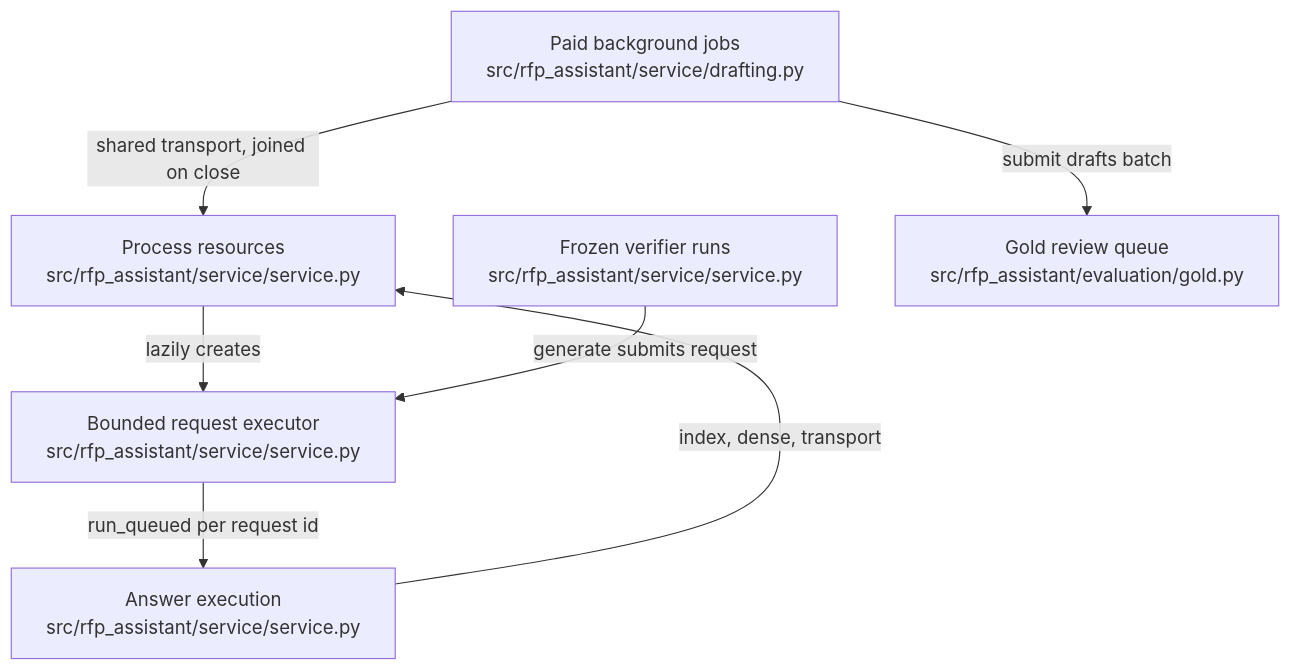
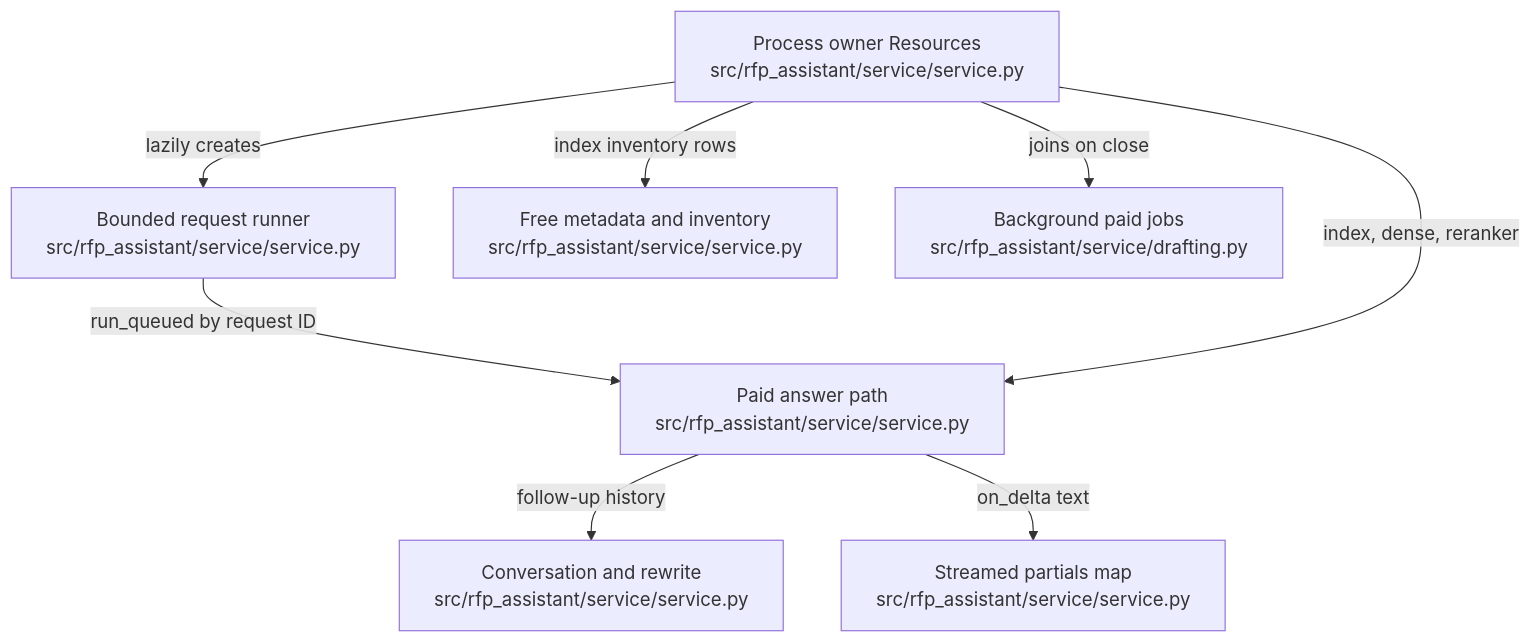
One commit to littleeeeebit/project-codeit-mid changed the diagram in .omm/overall-architecture/service-core/diagram.mmd. Above: the diagram before and after it, drawn with Mermaid. The commit also changed 398 other files, not shown here.

```diff
--- a/.omm/overall-architecture/service-core/diagram.mmd
+++ b/.omm/overall-architecture/service-core/diagram.mmd
@@ -1,13 +1,15 @@
 graph TD
-  resources["Process resources\nsrc/rfp_assistant/service/service.py"]
-  request-runner["Bounded request executor\nsrc/rfp_assistant/service/service.py"]
-  answer-pipeline["Answer execution\nsrc/rfp_assistant/service/service.py"]
-  verifier-runs["Frozen verifier runs\nsrc/rfp_assistant/service/service.py"]
-  background-jobs["Paid background jobs\nsrc/rfp_assistant/service/drafting.py"]
-  gold-review["Gold review queue\nsrc/rfp_assistant/evaluation/gold.py"]
-  resources -->|lazily creates| request-runner
-  request-runner -->|run_queued per request id| answer-pipeline
-  answer-pipeline -->|index, dense, transport| resources
-  verifier-runs -->|generate submits request| request-runner
-  background-jobs -->|shared transport, joined on close| resources
-  background-jobs -->|submit drafts batch| gold-review
+  resources["Process owner Resources\nsrc/rfp_assistant/service/service.py"]
+  runner["Bounded request runner\nsrc/rfp_assistant/service/service.py"]
+  paid-answer["Paid answer path\nsrc/rfp_assistant/service/service.py"]
+  free-answer["Free metadata and inventory\nsrc/rfp_assistant/service/service.py"]
+  conversation["Conversation and rewrite\nsrc/rfp_assistant/service/service.py"]
+  partials["Streamed partials map\nsrc/rfp_assistant/service/service.py"]
+  jobs["Background paid jobs\nsrc/rfp_assistant/service/drafting.py"]
+  resources -->|"lazily creates"| runner
+  runner -->|"run_queued by request ID"| paid-answer
+  paid-answer -->|"follow-up history"| conversation
+  paid-answer -->|"on_delta text"| partials
+  resources -->|"index, dense, reranker"| paid-answer
+  resources -->|"index inventory rows"| free-answer
+  resources -->|"joins on close"| jobs
```
